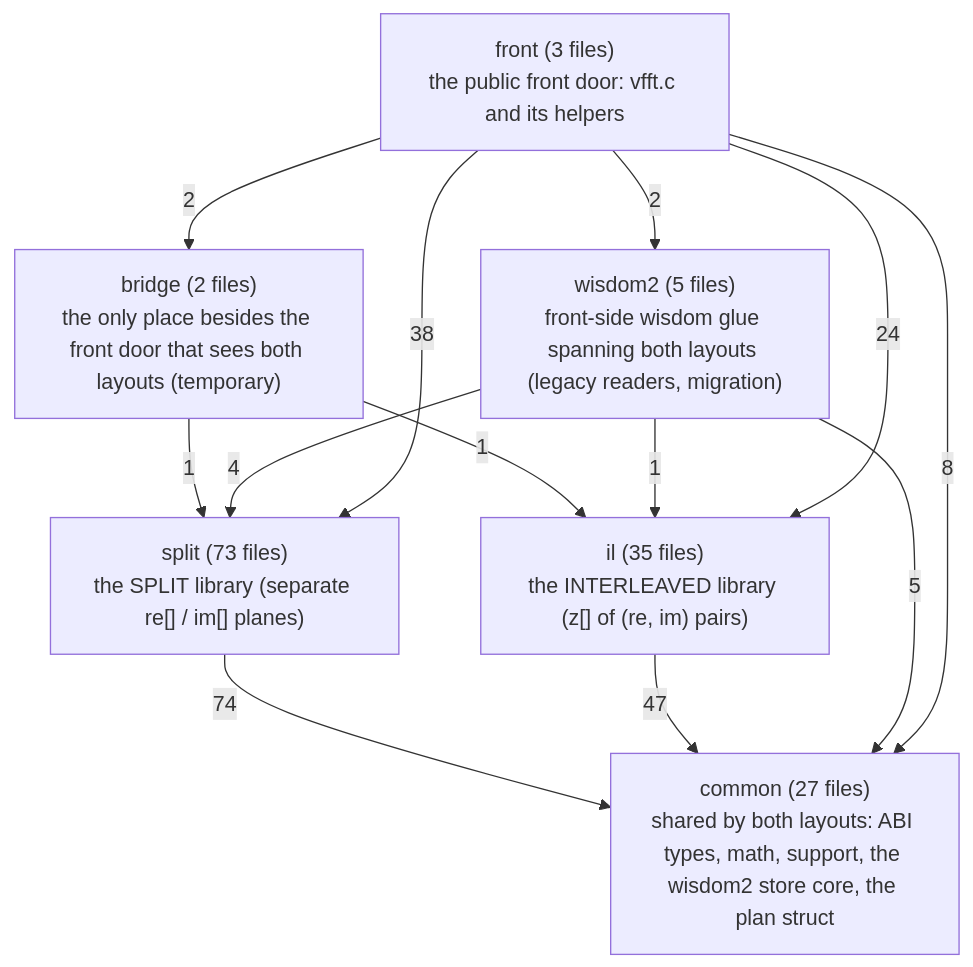
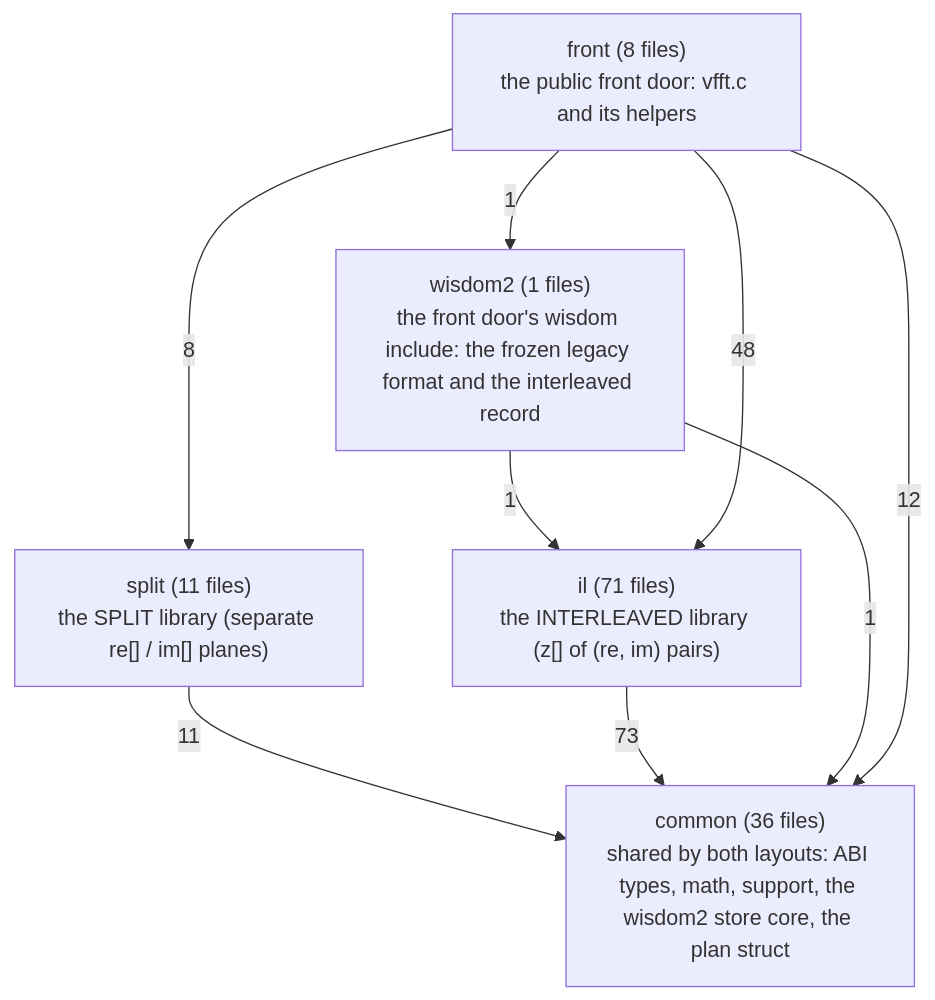
The diagram in docs/architecture/generated/zones.md (Tugbars/VectorFFT), drawn with Mermaid before and after one commit. The commit also changed other lines of this file and 98 other files, not shown here.

Commit message:
regenerated architecture drawings

````diff
--- a/docs/architecture/generated/zones.md
+++ b/docs/architecture/generated/zones.md
@@ -11,21 +11,16 @@
 ```mermaid
 flowchart TD
-    n_common["common (27 files)<br/>shared by both layouts: ABI types, math, support, the wisdom2 store core, the plan struct"]
-    n_split["split (73 files)<br/>the SPLIT library (separate re[] / im[] planes)"]
-    n_il["il (35 files)<br/>the INTERLEAVED library (z[] of (re, im) pairs)"]
-    n_bridge["bridge (2 files)<br/>the only place besides the front door that sees both layouts (temporary)"]
-    n_wisdom2["wisdom2 (5 files)<br/>front-side wisdom glue spanning both layouts (legacy readers, migration)"]
-    n_front["front (3 files)<br/>the public front door: vfft.c and its helpers"]
-    n_split -->|74| n_common
-    n_il -->|47| n_common
-    n_bridge -->|1| n_split
-    n_bridge -->|1| n_il
-    n_wisdom2 -->|5| n_common
-    n_wisdom2 -->|4| n_split
+    n_common["common (36 files)<br/>shared by both layouts: ABI types, math, support, the wisdom2 store core, the plan struct"]
+    n_split["split (11 files)<br/>the SPLIT library (separate re[] / im[] planes)"]
+    n_il["il (71 files)<br/>the INTERLEAVED library (z[] of (re, im) pairs)"]
+    n_wisdom2["wisdom2 (1 files)<br/>the front door's wisdom include: the frozen legacy format and the interleaved record"]
+    n_front["front (8 files)<br/>the public front door: vfft.c and its helpers"]
+    n_split -->|11| n_common
+    n_il -->|73| n_common
+    n_wisdom2 -->|1| n_common
     n_wisdom2 -->|1| n_il
-    n_front -->|8| n_common
-    n_front -->|38| n_split
-    n_front -->|24| n_il
-    n_front -->|2| n_bridge
-    n_front -->|2| n_wisdom2
+    n_front -->|12| n_common
+    n_front -->|8| n_split
+    n_front -->|48| n_il
+    n_front -->|1| n_wisdom2
 ```
````
